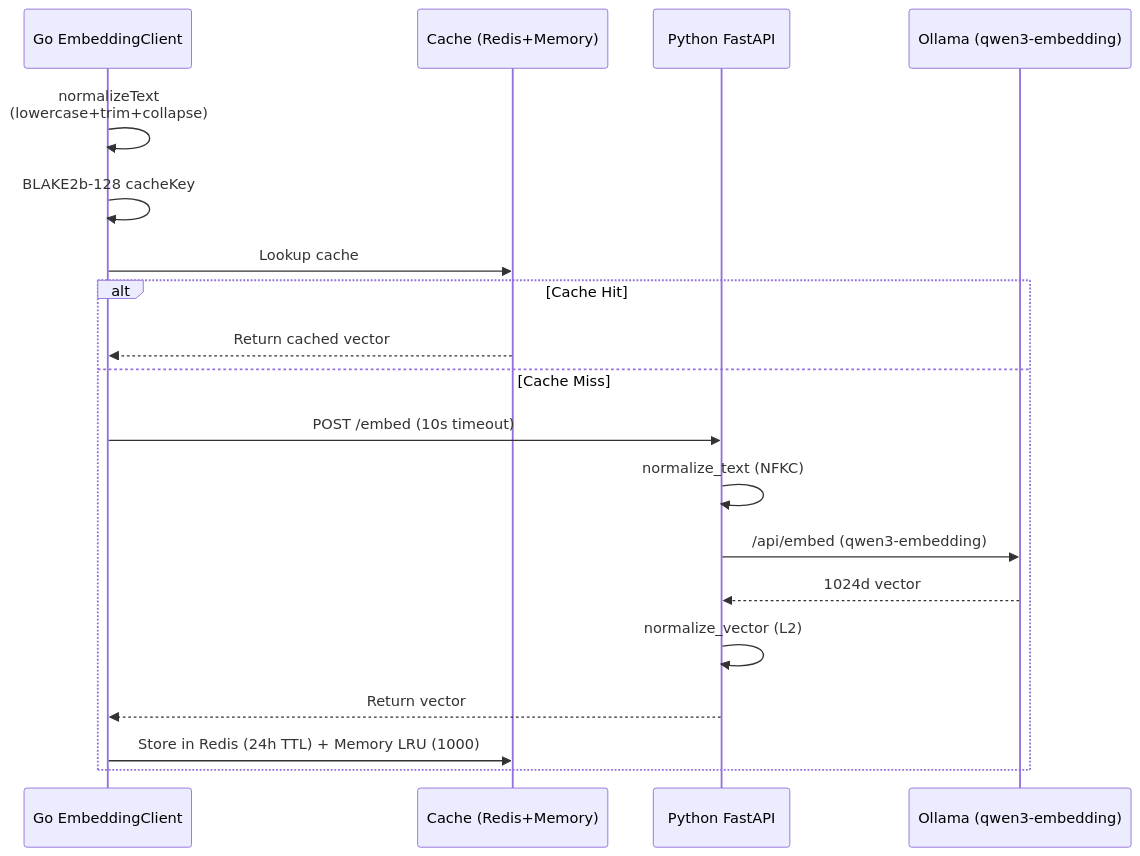
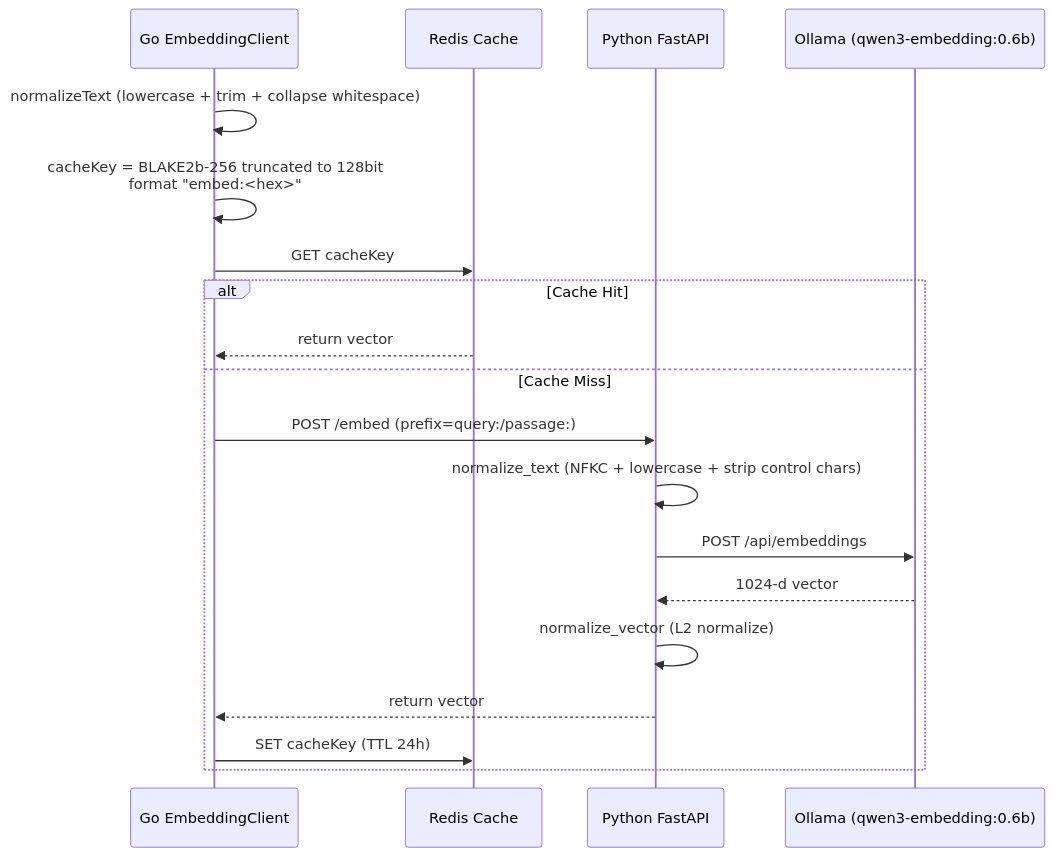
One commit to Timwood0x10/ARES changed the first of 3 diagrams in docs/articles/en/10-retrieval-system-deep-dive.md. Above: the diagram before and after it, drawn with Mermaid. The commit also changed other lines of this file and 2423 other files, not shown here.

````diff
--- a/docs/articles/en/10-retrieval-system-deep-dive.md
+++ b/docs/articles/en/10-retrieval-system-deep-dive.md
@@ -169,22 +54,22 @@
 ```mermaid
 sequenceDiagram
     participant G as Go EmbeddingClient
-    participant C as Cache (Redis+Memory)
+    participant R as Redis Cache
     participant P as Python FastAPI
-    participant O as Ollama (qwen3-embedding)
+    participant O as Ollama (qwen3-embedding:0.6b)
 
-    G->>G: normalizeText<br/>(lowercase+trim+collapse)
-    G->>G: BLAKE2b-128 cacheKey
-    G->>C: Lookup cache
+    G->>G: normalizeText (lowercase + trim + collapse whitespace)
+    G->>G: cacheKey = BLAKE2b-256 truncated to 128bit<br/>format "embed:<hex>"
+    G->>R: GET cacheKey
     alt Cache Hit
-        C-->>G: Return cached vector
+        R-->>G: return vector
     else Cache Miss
-        G->>P: POST /embed (10s timeout)
-        P->>P: normalize_text (NFKC)
-        P->>O: /api/embed (qwen3-embedding)
-        O-->>P: 1024d vector
-        P->>P: normalize_vector (L2)
-        P-->>G: Return vector
-        G->>C: Store in Redis (24h TTL) + Memory LRU (1000)
+        G->>P: POST /embed (prefix=query:/passage:)
+        P->>P: normalize_text (NFKC + lowercase + strip control chars)
+        P->>O: POST /api/embeddings
+        O-->>P: 1024-d vector
+        P->>P: normalize_vector (L2 normalize)
+        P-->>G: return vector
+        G->>R: SET cacheKey (TTL 24h)
     end
 ```
````
